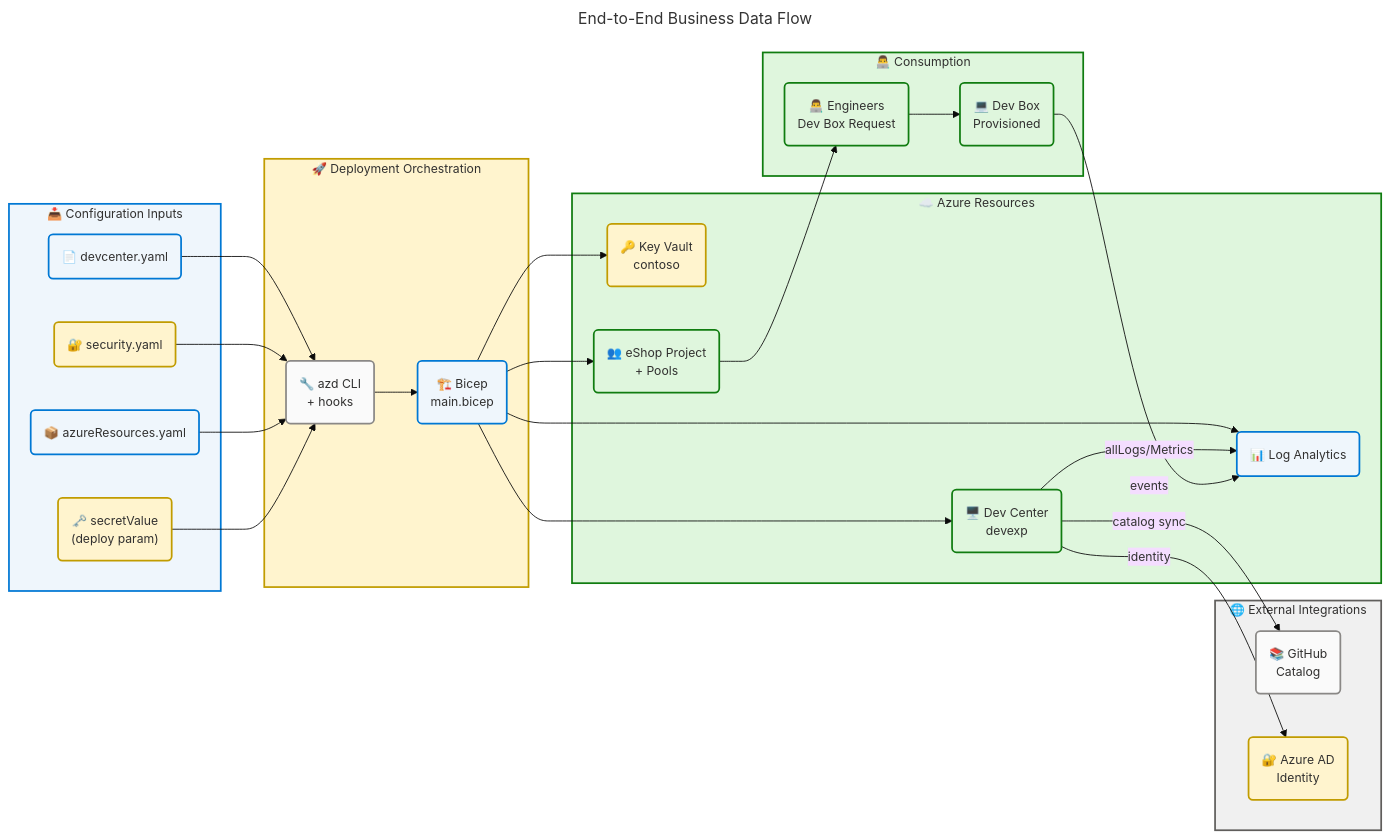
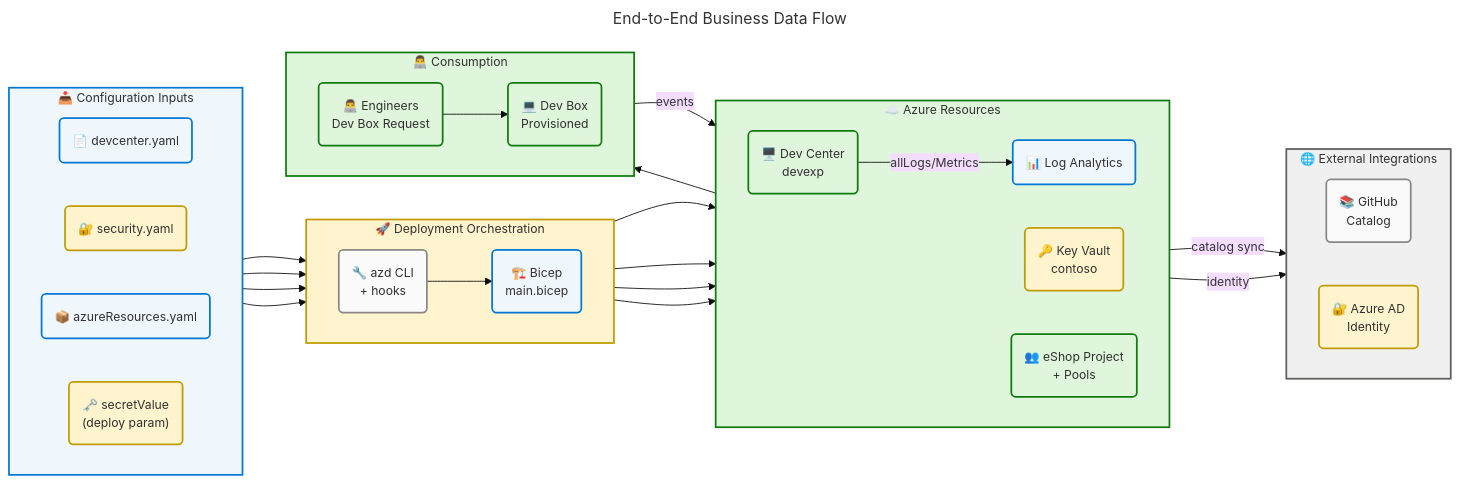
One commit to Evilazaro/DevExp-DevBox changed the sixth of 6 diagrams in docs/architecture/bus-arch.md. Above: the diagram before and after it, drawn with Mermaid. The commit also changed other lines of this file, not shown here.

Commit message:
Add flow direction to architecture diagrams for improved clarity

```diff
--- a/docs/architecture/bus-arch.md
+++ b/docs/architecture/bus-arch.md
@@ -1023,6 +1037,7 @@
     %% ═══════════════════════════════════════════════════════════════════════════
 
     subgraph INPUT["📥 Configuration Inputs"]
+        direction LR
         yaml1("📄 devcenter.yaml"):::info
         yaml2("🔐 security.yaml"):::warning
         yaml3("📦 azureResources.yaml"):::info
@@ -1030,11 +1045,13 @@
     end
 
     subgraph DEPLOY["🚀 Deployment Orchestration"]
+        direction LR
         azd("🔧 azd CLI<br/>+ hooks"):::neutral
         bicep("🏗️ Bicep<br/>main.bicep"):::info
     end
 
     subgraph AZURE["☁️ Azure Resources"]
+        direction LR
         dc("🖥️ Dev Center<br/>devexp"):::success
         kv("🔑 Key Vault<br/>contoso"):::warning
         la("📊 Log Analytics"):::info
@@ -1042,11 +1059,13 @@
     end
 
     subgraph EXTERNAL["🌐 External Integrations"]
+        direction LR
         gh("📚 GitHub<br/>Catalog"):::neutral
         aad("🔐 Azure AD<br/>Identity"):::warning
     end
 
     subgraph CONSUME["👨‍💻 Consumption"]
+        direction LR
         eng("👨‍💻 Engineers<br/>Dev Box Request"):::success
         devbox("💻 Dev Box<br/>Provisioned"):::success
     end
```
